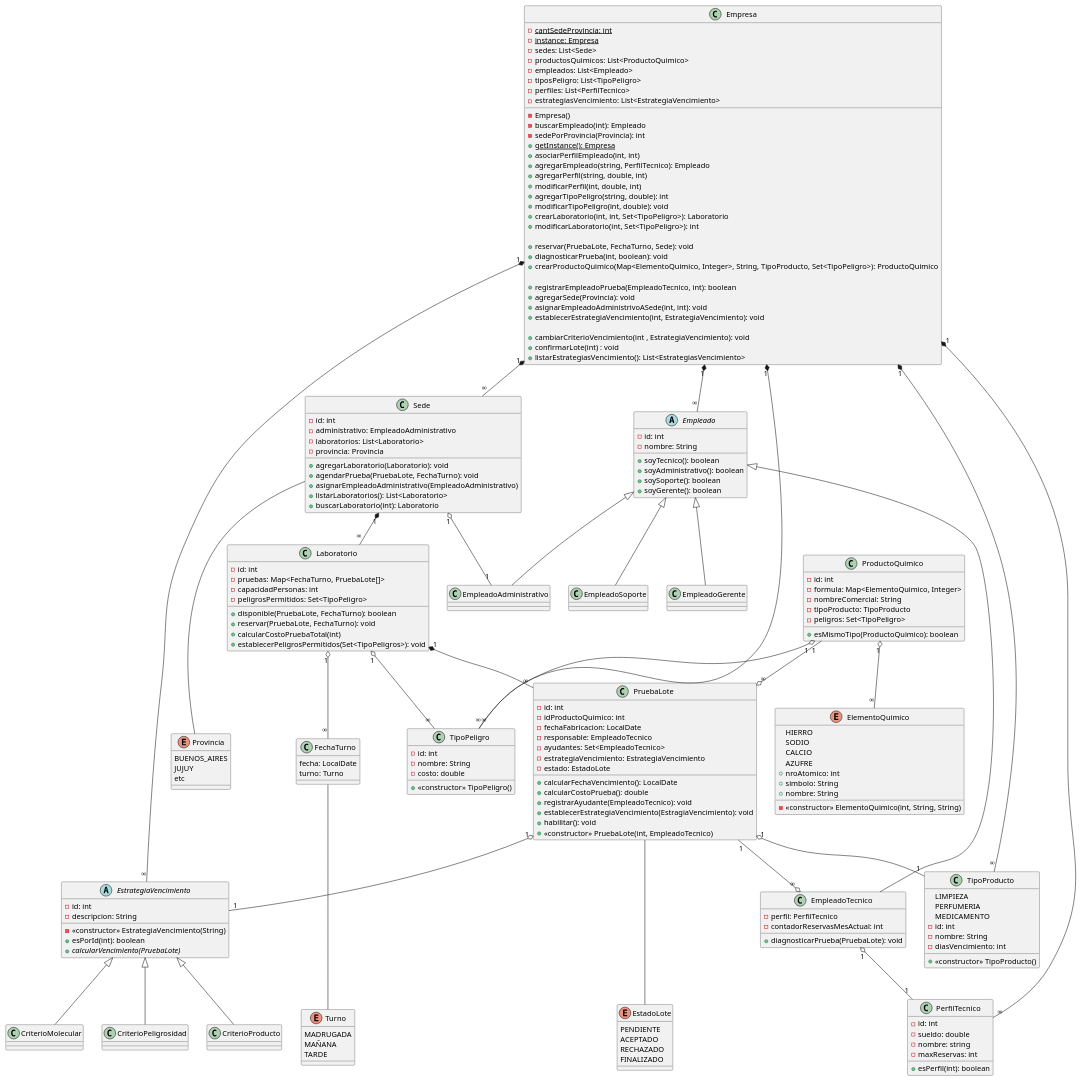
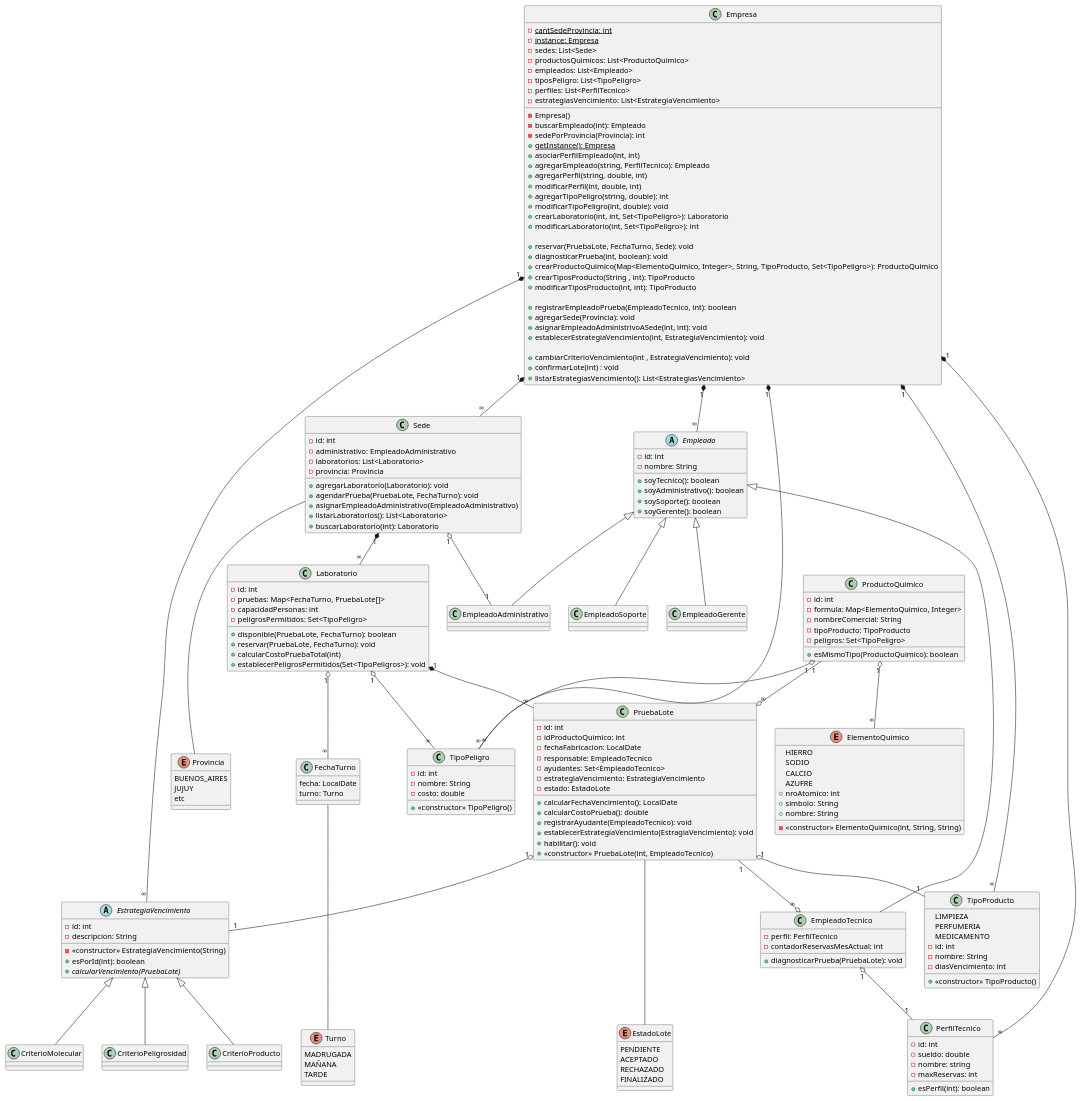
One commit to SrBigotones/UADE_TPO_OOP changed the diagram in diagramas/clases.plantuml. Above: the diagram before and after it, drawn with PlantUML.

```diff
--- a/diagramas/clases.plantuml
+++ b/diagramas/clases.plantuml
@@ -28,7 +28,9 @@
   + reservar(PruebaLote, FechaTurno, Sede): void
   + diagnosticarPrueba(int, boolean): void /'idLote, aprobacion'/
   + crearProductoQuimico(Map<ElementoQuimico, Integer>, String, TipoProducto, Set<TipoPeligro>): ProductoQuimico
-  
+  + crearTiposProducto(String , int): TipoProducto
+  + modificarTiposProducto(int, int): TipoProducto
+
   + registrarEmpleadoPrueba(EmpleadoTecnico, int): boolean /'id de prueba'/
   + agregarSede(Provincia): void
   + asignarEmpleadoAdministrivoASede(int, int): void /'idSede, idEmpleado'/
```
